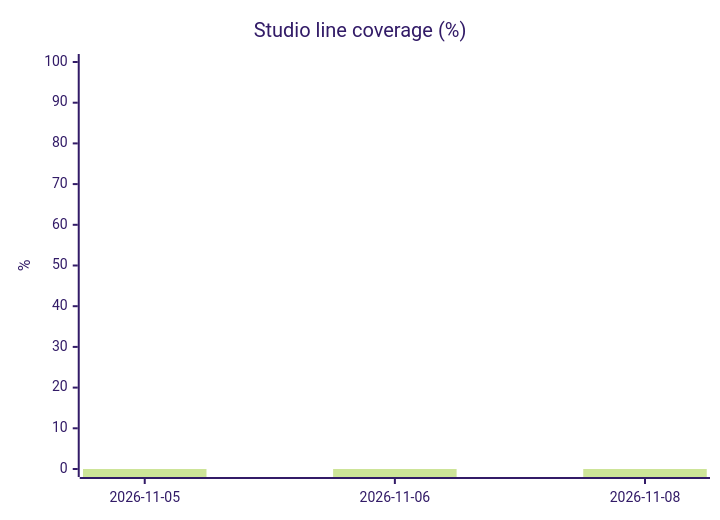
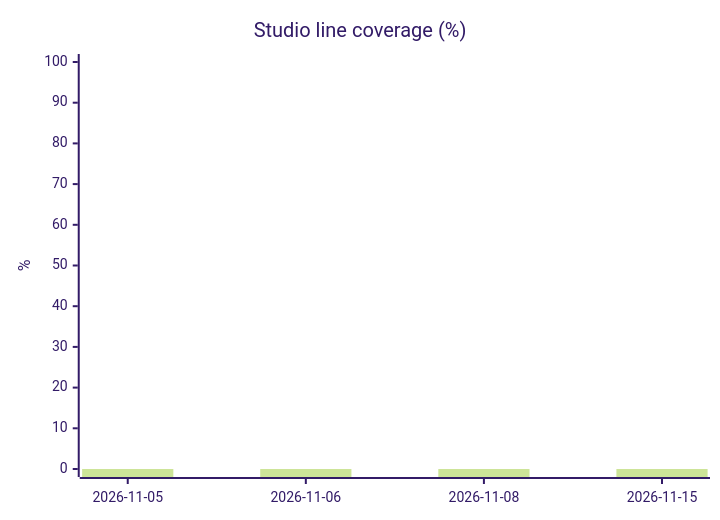
The second of 3 diagrams in README.md (SCIInstitute/ShapeWorks), drawn with Mermaid (forest theme) before and after one commit. The commit also changed other lines of this file and 1 other file, not shown here.

````diff
--- a/README.md
+++ b/README.md
@@ -23,7 +23,7 @@
 ```mermaid
 xychart-beta
     title "Studio line coverage (%)"
-    x-axis ["2026-11-05", "2026-11-06", "2026-11-08"]
+    x-axis ["2026-11-05", "2026-11-06", "2026-11-08", "2026-11-15"]
     y-axis "%" 0 --> 100
-    bar [0.0, 0.0, 0.0]
+    bar [0.0, 0.0, 0.0, 0.0]
 ```
````
